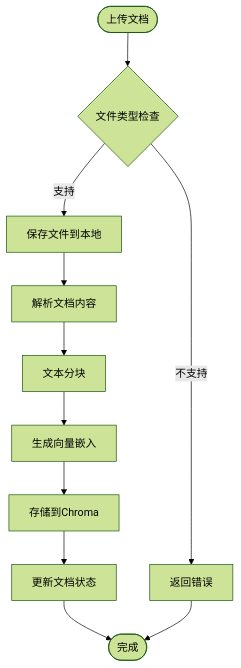
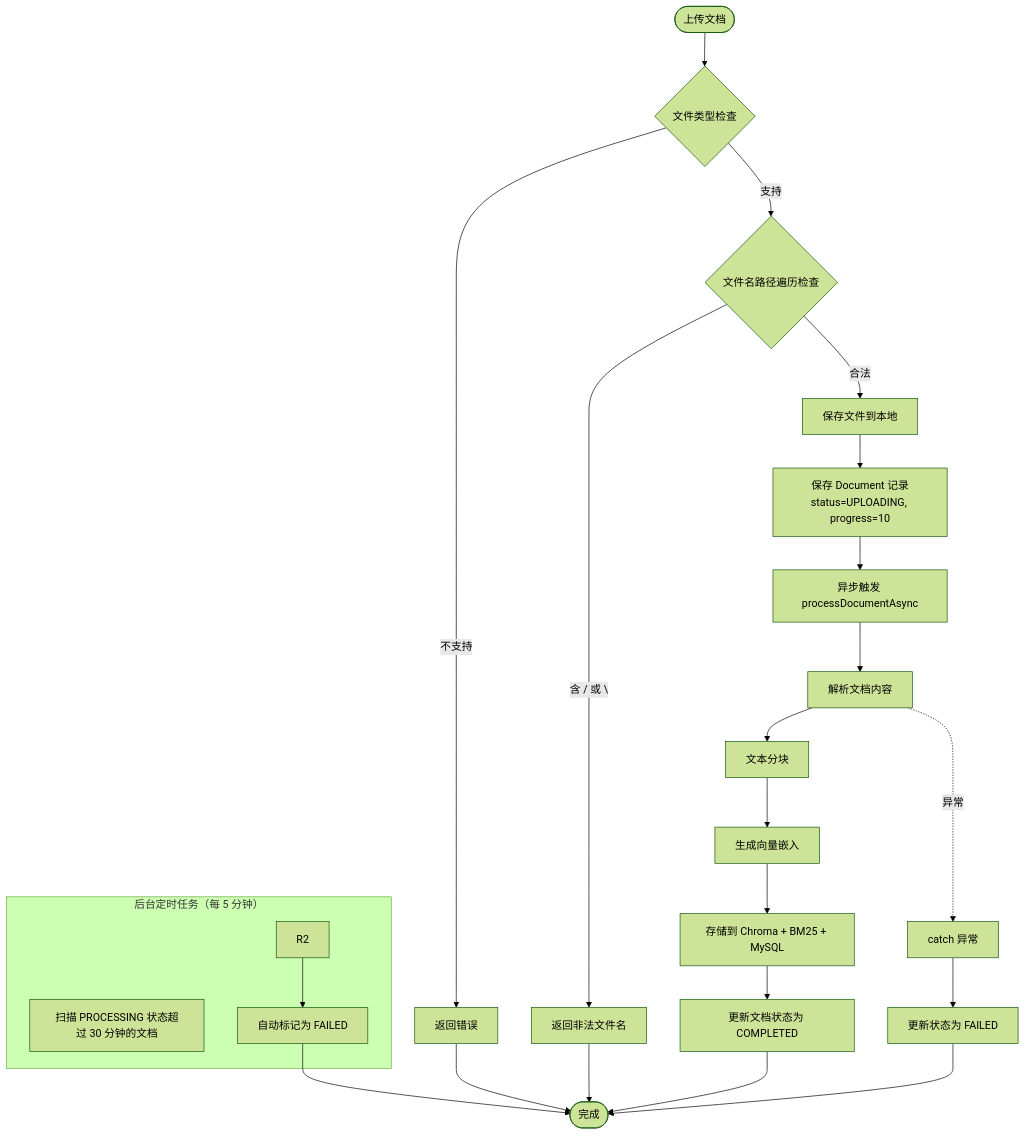
One commit to Ruadgedy/RAG-demo changed the seventh of 13 diagrams in docs/plans/2026-03-15-rag-qa-design.md. Above: the diagram before and after it, drawn with Mermaid (forest theme). The commit also changed other lines of this file and 9 other files, not shown here.

````diff
--- a/docs/plans/2026-03-15-rag-qa-design.md
+++ b/docs/plans/2026-03-15-rag-qa-design.md
@@ -224,15 +307,30 @@
 ```mermaid
 flowchart TD
     Start([上传文档]) --> A1{文件类型检查}
-    A1 -->|支持| B1[保存文件到本地]
     A1 -->|不支持| E1[返回错误]
-    
-    B1 --> B2[解析文档内容]
-    B2 --> B3[文本分块]
-    B3 --> B4[生成向量嵌入]
-    B4 --> B5[存储到Chroma]
-    B5 --> B6[更新文档状态]
-    B6 --> End([完成])
-    
+    A1 -->|支持| A2{文件名路径遍历检查}
+    A2 -->|含 / 或 \ | E2[返回非法文件名]
+    A2 -->|合法| B1[保存文件到本地]
+
+    B1 --> B2[保存 Document 记录<br/>status=UPLOADING, progress=10]
+    B2 --> B3[异步触发 processDocumentAsync]
+    B3 --> B4[解析文档内容]
+    B4 --> B5[文本分块]
+    B5 --> B6[生成向量嵌入]
+    B6 --> B7[存储到 Chroma + BM25 + MySQL]
+    B7 --> B8[更新文档状态为 COMPLETED]
+    B8 --> End([完成])
+
+    B4 -.异常.-> C1[catch 异常]
+    C1 --> C2[更新状态为 FAILED]
+
+    subgraph Recovery["后台定时任务（每 5 分钟）"]
+        R1[扫描 PROCESSING 状态超过 30 分钟的文档]
+        R2 --> R3[自动标记为 FAILED]
+    end
+
     E1 --> End
+    E2 --> End
+    C2 --> End
+    R3 --> End
 ```
````
